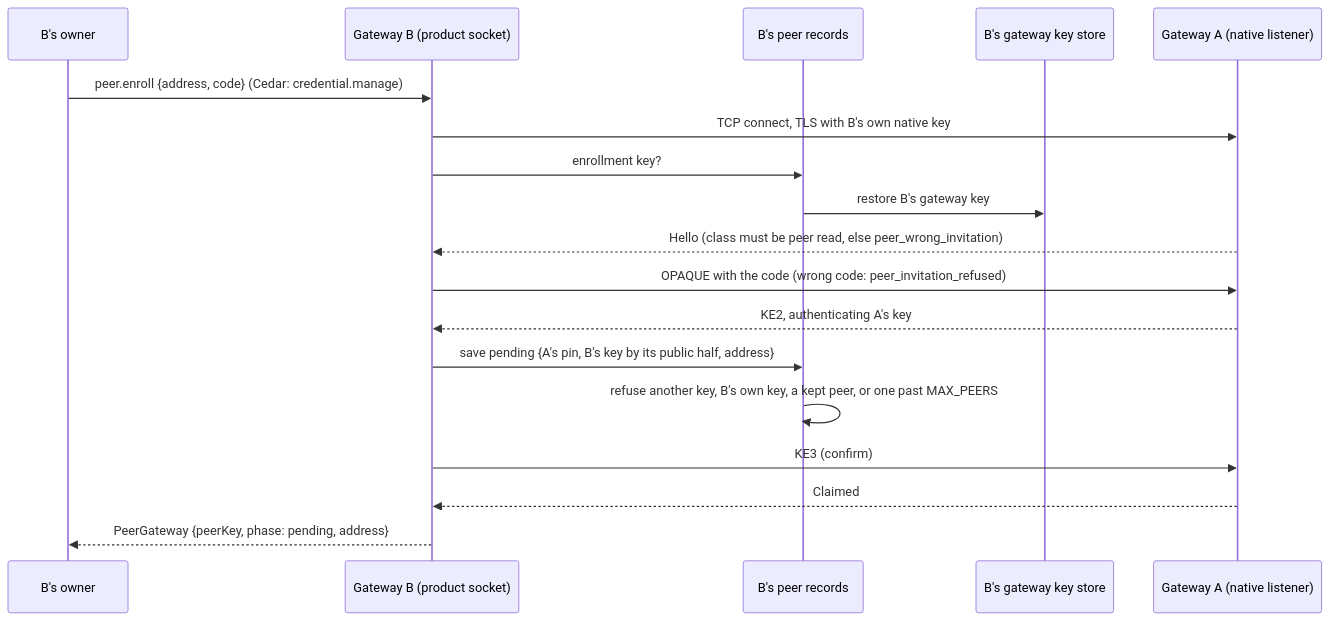
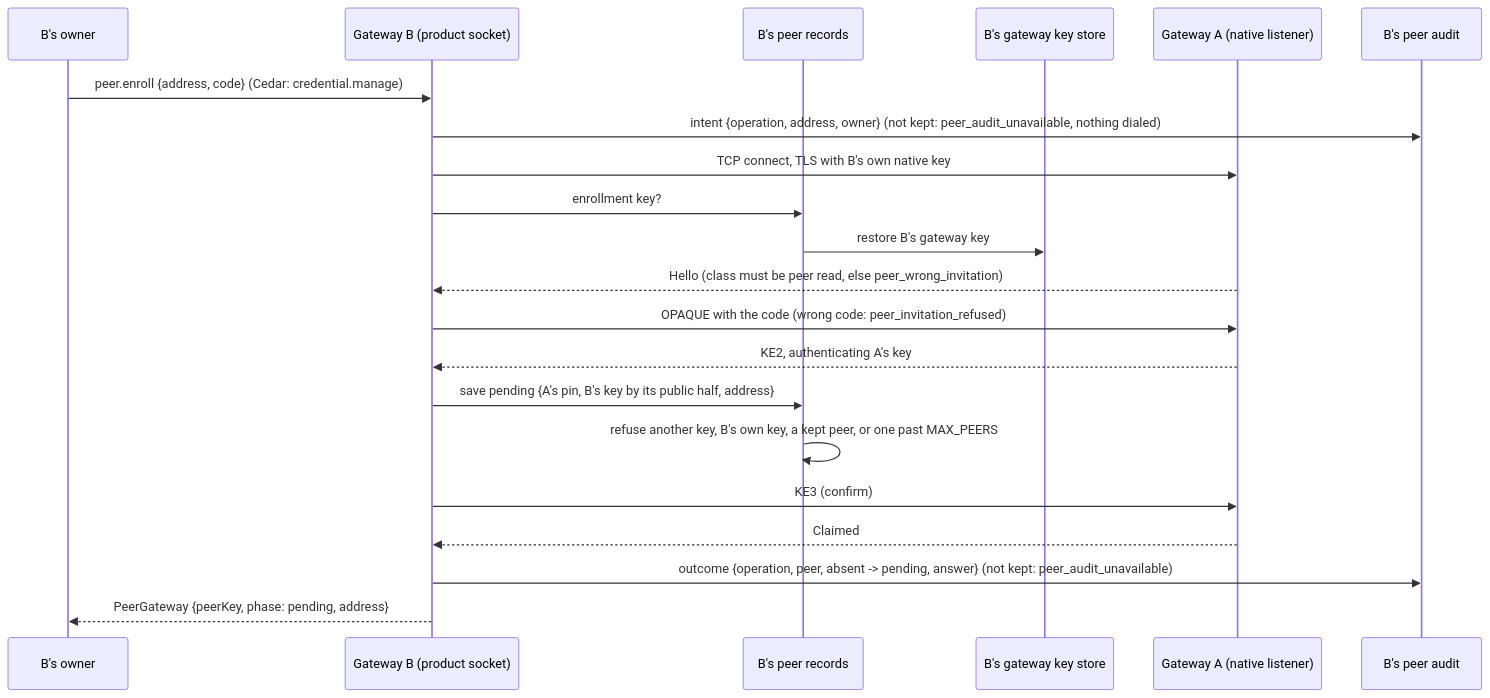
The second of 2 diagrams in docs/design/auth/peer-gateways.md (nessalabs/nessa-agent), drawn with Mermaid before and after one commit. The commit also changed other lines of this file and 16 other files, not shown here.

First line of the commit message:
Audit peer enroll and forget durably; inject the deadline clock (slice H of #252, part 2b-2)

````diff
--- a/docs/design/auth/peer-gateways.md
+++ b/docs/design/auth/peer-gateways.md
@@ -185,20 +185,23 @@
 ```mermaid
 sequenceDiagram
     participant O as B's owner
     participant B as Gateway B (product socket)
     participant R as B's peer records
     participant K as B's gateway key store
     participant A as Gateway A (native listener)
+    participant U as B's peer audit
     O->>B: peer.enroll {address, code} (Cedar: credential.manage)
+    B->>U: intent {operation, address, owner} (not kept: peer_audit_unavailable, nothing dialed)
     B->>A: TCP connect, TLS with B's own native key
     B->>R: enrollment key?
     R->>K: restore B's gateway key
     A-->>B: Hello (class must be peer read, else peer_wrong_invitation)
     B->>A: OPAQUE with the code (wrong code: peer_invitation_refused)
     A-->>B: KE2, authenticating A's key
     B->>R: save pending {A's pin, B's key by its public half, address}
     R->>R: refuse another key, B's own key, a kept peer, or one past MAX_PEERS
     B->>A: KE3 (confirm)
     A-->>B: Claimed
+    B->>U: outcome {operation, peer, absent -> pending, answer} (not kept: peer_audit_unavailable)
     B-->>O: PeerGateway {peerKey, phase: pending, address}
 ```
````
